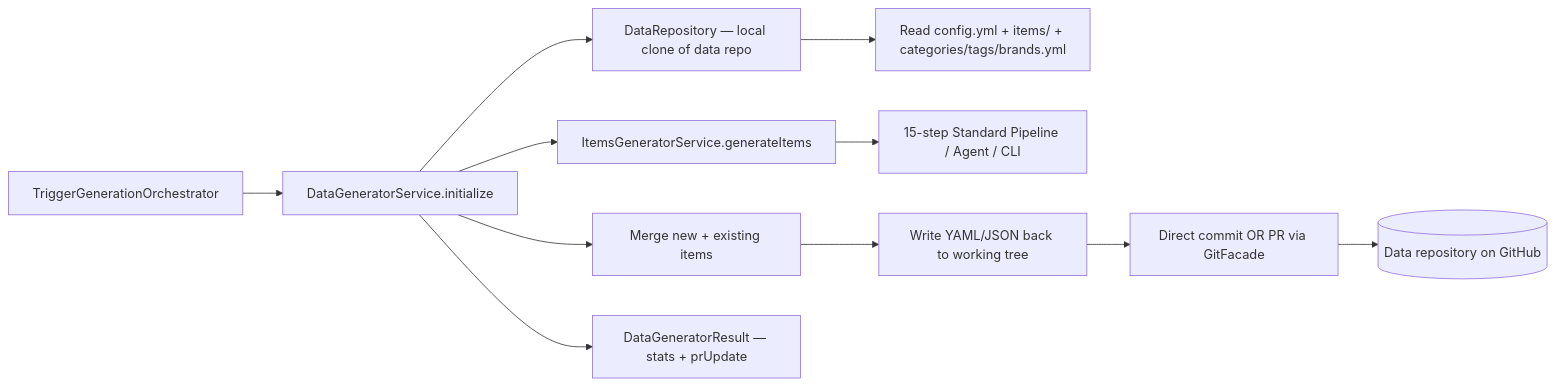
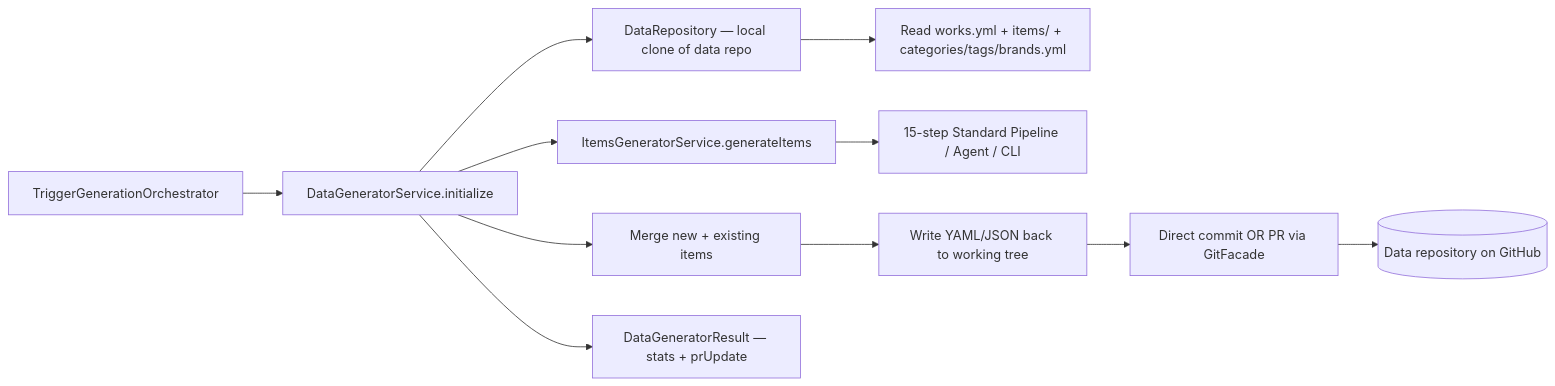
The diagram in docs/specs/features/data-generator/plan.md (ever-works/ever-works), drawn with Mermaid before and after one commit. The commit also changed other lines of this file and 47 other files, not shown here.

Commit message:
fix: enforce works.yml-only config

````diff
--- a/docs/specs/features/data-generator/plan.md
+++ b/docs/specs/features/data-generator/plan.md
@@ -13,13 +13,13 @@
 ```mermaid
 flowchart LR
     Orch[TriggerGenerationOrchestrator] --> DG[DataGeneratorService.initialize]
     DG --> Repo[DataRepository — local clone of data repo]
-    Repo --> Read[Read config.yml + items/ + categories/tags/brands.yml]
+    Repo --> Read[Read works.yml + items/ + categories/tags/brands.yml]
     DG --> Items[ItemsGeneratorService.generateItems]
     Items --> Pipeline[15-step Standard Pipeline / Agent / CLI]
     DG --> Merge[Merge new + existing items]
     Merge --> Write[Write YAML/JSON back to working tree]
     Write --> Git[Direct commit OR PR via GitFacade]
     Git --> GH[(Data repository on GitHub)]
     DG --> Result[DataGeneratorResult — stats + prUpdate]
 ```
````
